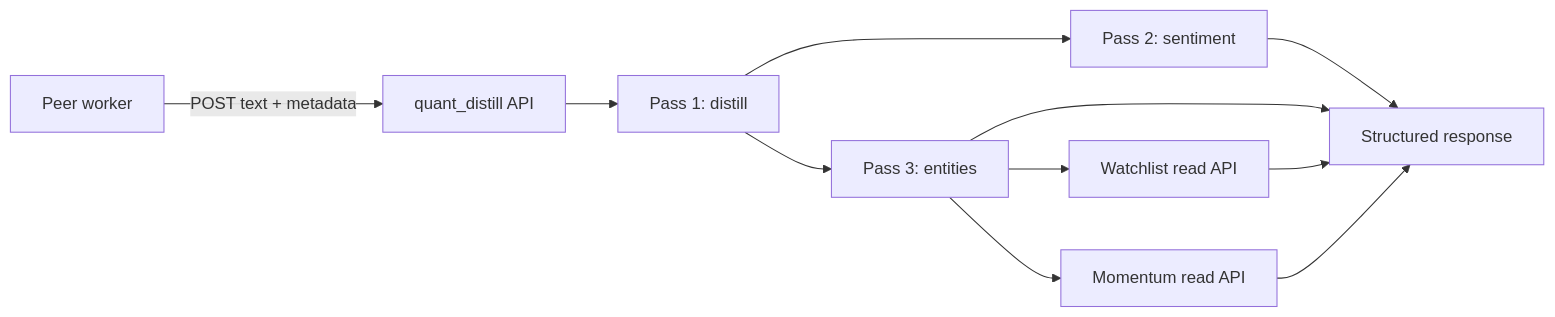
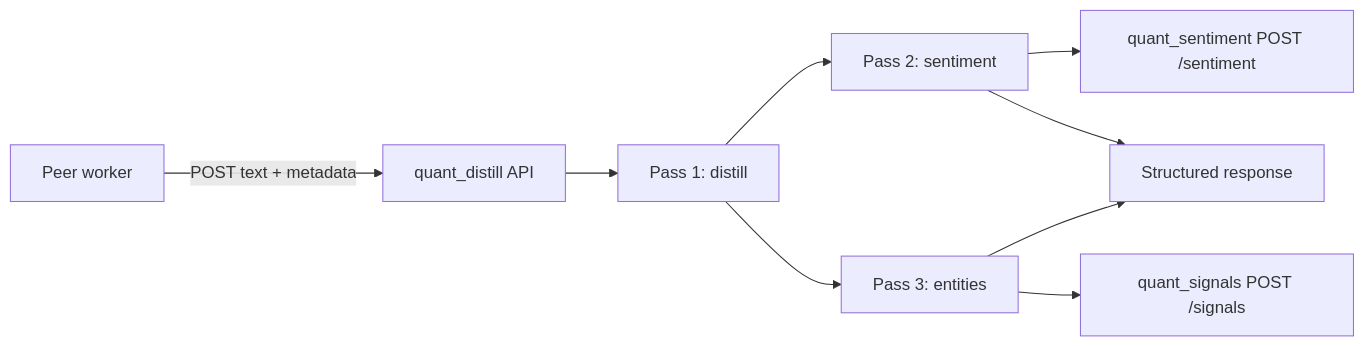
The diagram in docs/SPEC.md (mayberryjp/quant_distill), drawn with Mermaid before and after one commit. The commit also changed other lines of this file and 15 other files, not shown here.

````diff
--- a/docs/SPEC.md
+++ b/docs/SPEC.md
@@ -72,13 +71,11 @@
 ```mermaid
 flowchart LR
     A[Peer worker] -->|POST text + metadata| B[quant_distill API]
     B --> C[Pass 1: distill]
     C --> D[Pass 2: sentiment]
     C --> E[Pass 3: entities]
-    E --> F[Watchlist read API]
-    E --> G[Momentum read API]
+    D --> F[quant_sentiment POST /sentiment]
+    E --> G[quant_signals POST /signals]
     D --> H[Structured response]
     E --> H
-    F --> H
-    G --> H
 ```
````
